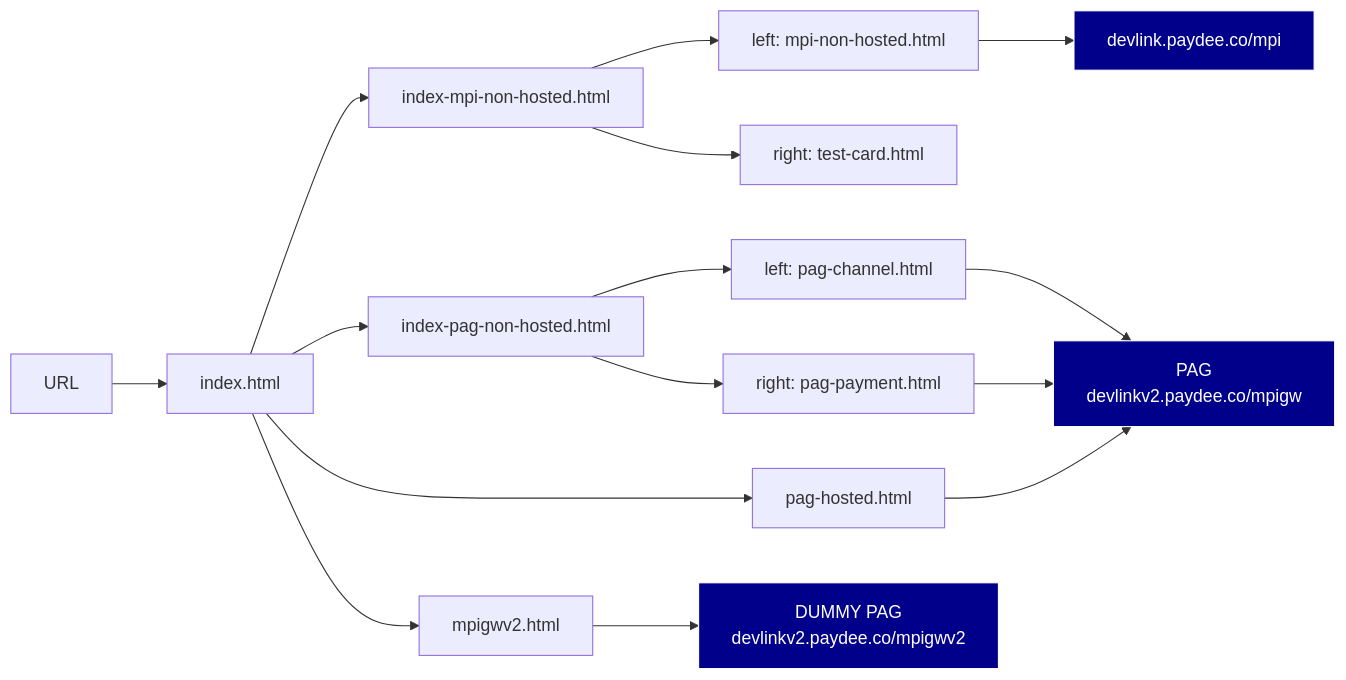
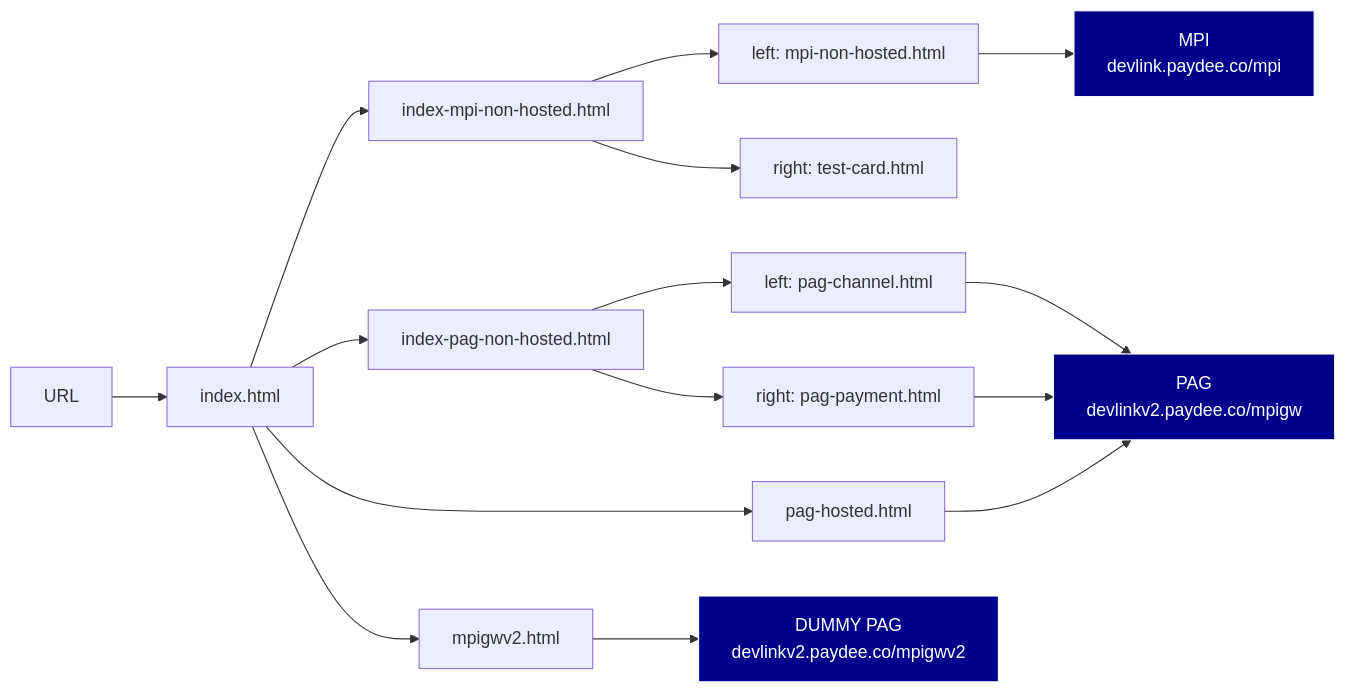
The first of 2 diagrams in README.md (systemspcpyd/payment-page), drawn with Mermaid before and after one commit.

````diff
--- a/README.md
+++ b/README.md
@@ -7,25 +7,25 @@
 ```mermaid
 graph LR
     URL --> Index["index.html"]
     
     Index --> MPI["index-mpi-non-hosted.html"]
     Index --> PAG_Non["index-pag-non-hosted.html"]
     Index --> PAG_Hosted["pag-hosted.html"]
     Index --> Dummy["mpigwv2.html"]
     
     MPI --> MPI_L["left: mpi-non-hosted.html"]
     MPI --> MPI_R["right: test-card.html"]
-    MPI_L --> Target1["devlink.paydee.co/mpi"]
+    MPI_L --> Target1["MPI<br/>devlink.paydee.co/mpi"]
     
     PAG_Non --> PAG_L["left: pag-channel.html"]
     PAG_Non --> PAG_R["right: pag-payment.html"]
     PAG_L --> Target2["PAG<br/>devlinkv2.paydee.co/mpigw"]
     PAG_R --> Target2
     
     PAG_Hosted --> Target2
     Dummy --> Target3["DUMMY PAG<br/>devlinkv2.paydee.co/mpigwv2"]
 
     style Target1 fill:#00008B,stroke:#fff,color:#fff
     style Target2 fill:#00008B,stroke:#fff,color:#fff
     style Target3 fill:#00008B,stroke:#fff,color:#fff
 ```
````
